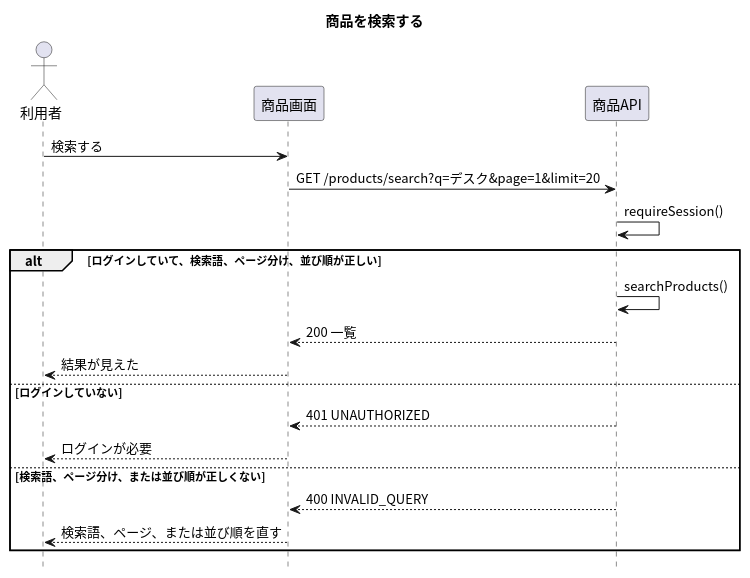
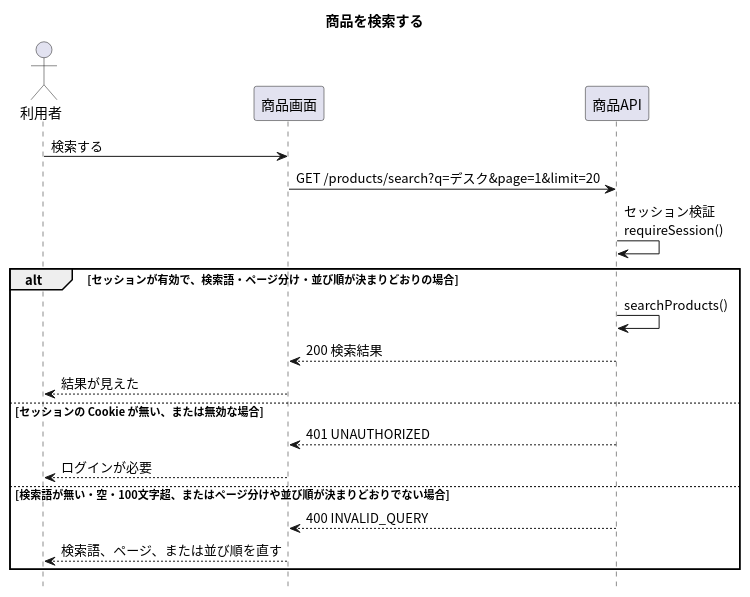
The diagram in apis/search-products/入口.puml (masamasamasato/design-doc-template), drawn with PlantUML before and after one commit. The commit also changed 113 other files, not shown here.

```diff
--- a/apis/search-products/入口.puml
+++ b/apis/search-products/入口.puml
@@ -1,27 +1,27 @@
 @startuml
 skinparam shadowing false
 skinparam defaultFontName "Noto Sans CJK JP"
 skinparam SequenceFontName "Noto Sans CJK JP"
 hide footbox
 
 title 商品を検索する
 
 actor "利用者" as User
 participant "商品画面" as Screen
 participant "商品API" as API
 
 User -> Screen : 検索する
 Screen -> API : GET /products/search?q=デスク&page=1&limit=20
-API -> API : requireSession()
-alt ログインしていて、検索語、ページ分け、並び順が正しい
+API -> API : セッション検証\nrequireSession()
+alt セッションが有効で、検索語・ページ分け・並び順が決まりどおりの場合
   API -> API : searchProducts()
-  API --> Screen : 200 一覧
+  API --> Screen : 200 検索結果
   Screen --> User : 結果が見えた
-else ログインしていない
+else セッションの Cookie が無い、または無効な場合
   API --> Screen : 401 UNAUTHORIZED
   Screen --> User : ログインが必要
-else 検索語、ページ分け、または並び順が正しくない
+else 検索語が無い・空・100文字超、またはページ分けや並び順が決まりどおりでない場合
   API --> Screen : 400 INVALID_QUERY
   Screen --> User : 検索語、ページ、または並び順を直す
 end
 @enduml
```
